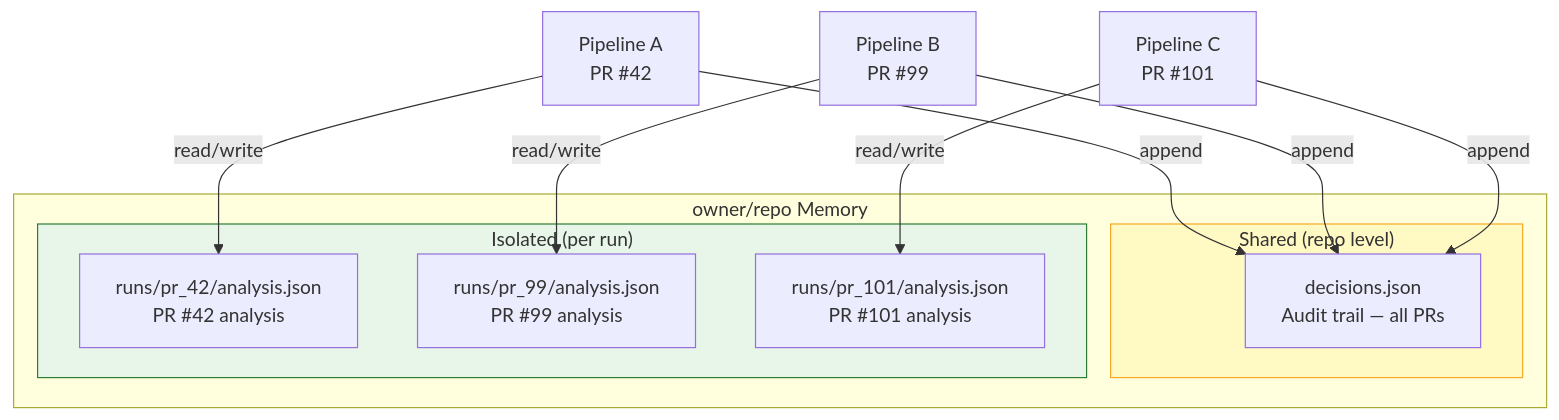
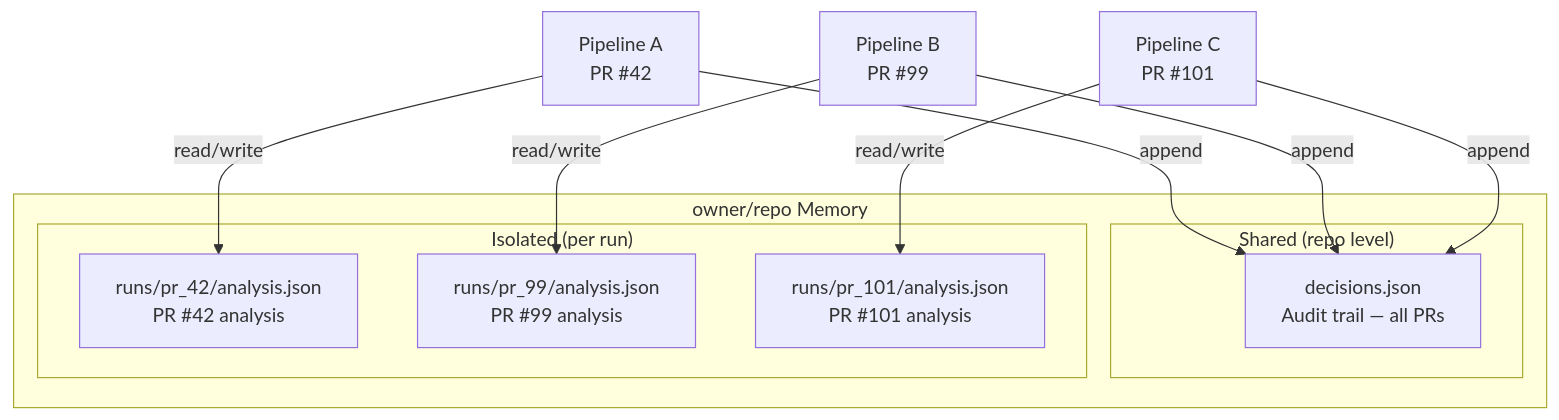
The sixth of 6 diagrams in docs/framework/commands/ai-review/README.md (thothforge/thothctl), drawn with Mermaid before and after one commit. The commit also changed other lines of this file and 3 other files, not shown here.

Commit message:
fix: mermaid diagrams readability on dark theme

````diff
--- a/docs/framework/commands/ai-review/README.md
+++ b/docs/framework/commands/ai-review/README.md
@@ -440,23 +434,22 @@
 ```mermaid
 graph TB
     subgraph Repo["owner/repo Memory"]
         subgraph Shared["Shared (repo level)"]
             DEC["decisions.json<br/>Audit trail — all PRs"]
         end
         subgraph Isolated["Isolated (per run)"]
             PR42["runs/pr_42/analysis.json<br/>PR #42 analysis"]
             PR99["runs/pr_99/analysis.json<br/>PR #99 analysis"]
             PR101["runs/pr_101/analysis.json<br/>PR #101 analysis"]
         end
     end
 
     P1["Pipeline A<br/>PR #42"] -->|read/write| PR42
     P2["Pipeline B<br/>PR #99"] -->|read/write| PR99
     P3["Pipeline C<br/>PR #101"] -->|read/write| PR101
     P1 -->|append| DEC
     P2 -->|append| DEC
     P3 -->|append| DEC
 
-    style Shared fill:#fff9c4,stroke:#f9a825
-    style Isolated fill:#e8f5e9,stroke:#2e7d32
+
 ```
````
